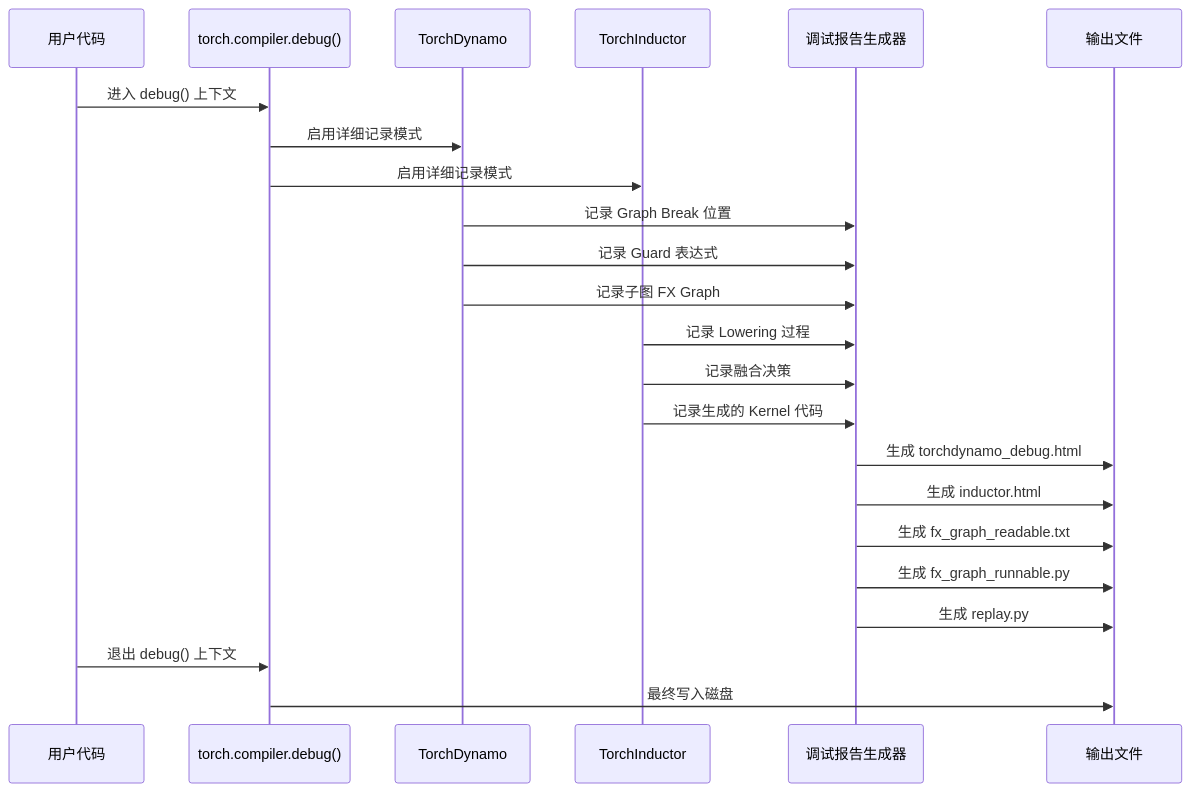
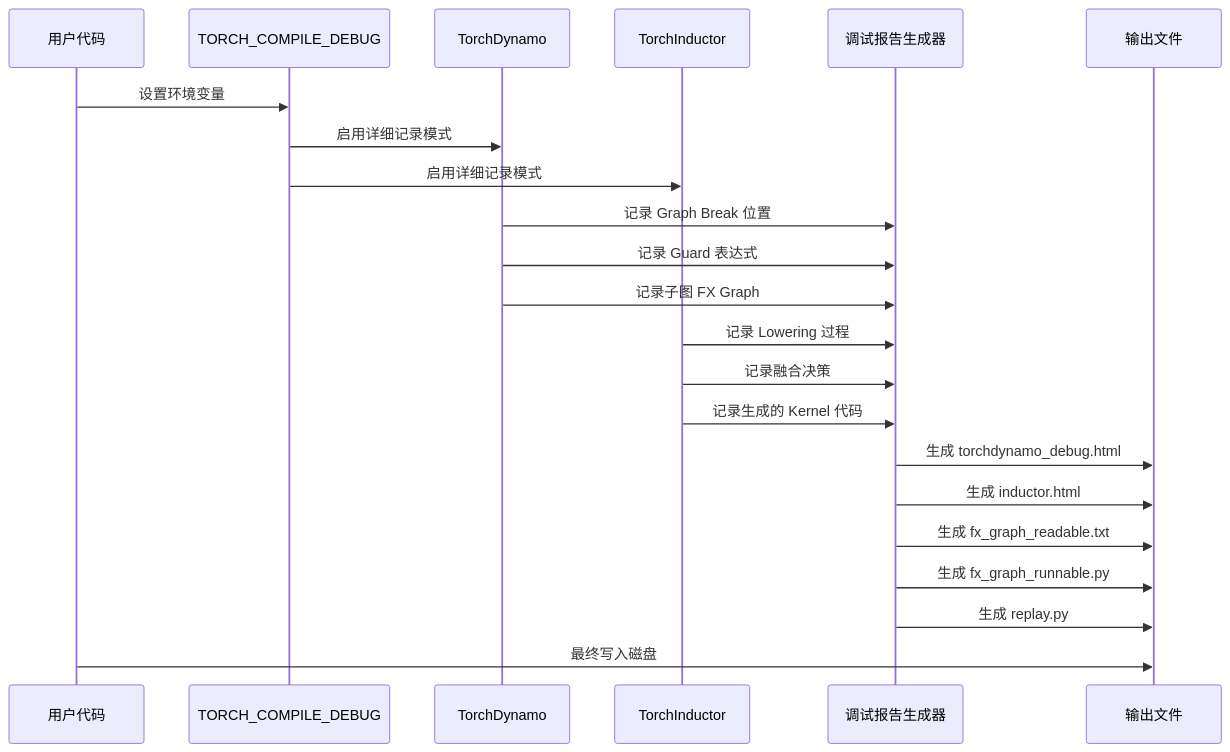
The first of 2 diagrams in source/chapter_08_debug/03_torch_compile_debug.rst (noisystreet/deep_dive_into_torch_compile), drawn with Mermaid before and after one commit. The commit also changed other lines of this file and 5 other files, not shown here.

```diff
--- a/source/chapter_08_debug/03_torch_compile_debug.rst
+++ b/source/chapter_08_debug/03_torch_compile_debug.rst
@@ -29,26 +30,25 @@
 .. mermaid::
 
    sequenceDiagram
        participant User as 用户代码
-       participant DC as torch.compiler.debug()
+       participant DC as TORCH_COMPILE_DEBUG
        participant Dynamo as TorchDynamo
        participant Inductor as TorchInductor
        participant Report as 调试报告生成器
        participant Files as 输出文件
 
-       User->>DC: 进入 debug() 上下文
+       User->>DC: 设置环境变量
        DC->>Dynamo: 启用详细记录模式
        DC->>Inductor: 启用详细记录模式
        Dynamo->>Report: 记录 Graph Break 位置
        Dynamo->>Report: 记录 Guard 表达式
        Dynamo->>Report: 记录子图 FX Graph
        Inductor->>Report: 记录 Lowering 过程
        Inductor->>Report: 记录融合决策
        Inductor->>Report: 记录生成的 Kernel 代码
        Report->>Files: 生成 torchdynamo_debug.html
        Report->>Files: 生成 inductor.html
        Report->>Files: 生成 fx_graph_readable.txt
        Report->>Files: 生成 fx_graph_runnable.py
        Report->>Files: 生成 replay.py
-       User->>DC: 退出 debug() 上下文
-       DC->>Files: 最终写入磁盘
+       User->>Files: 最终写入磁盘
```
